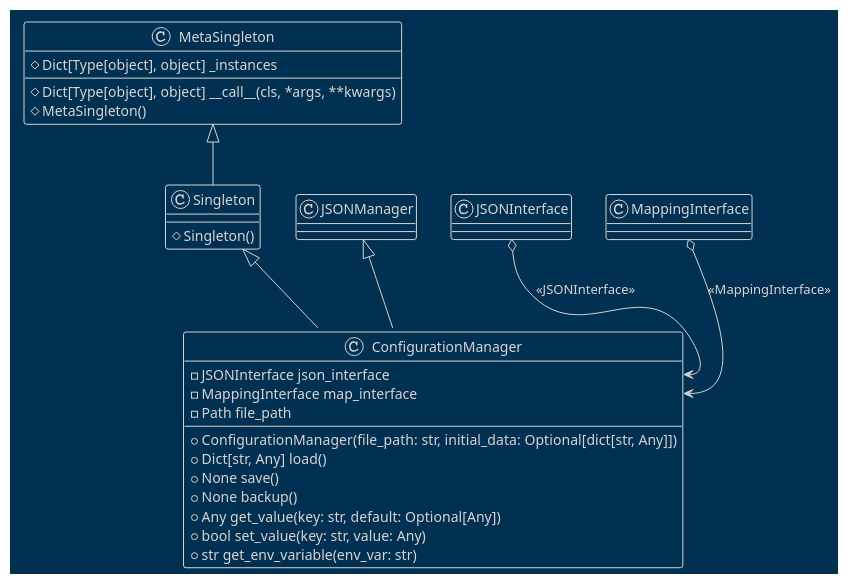
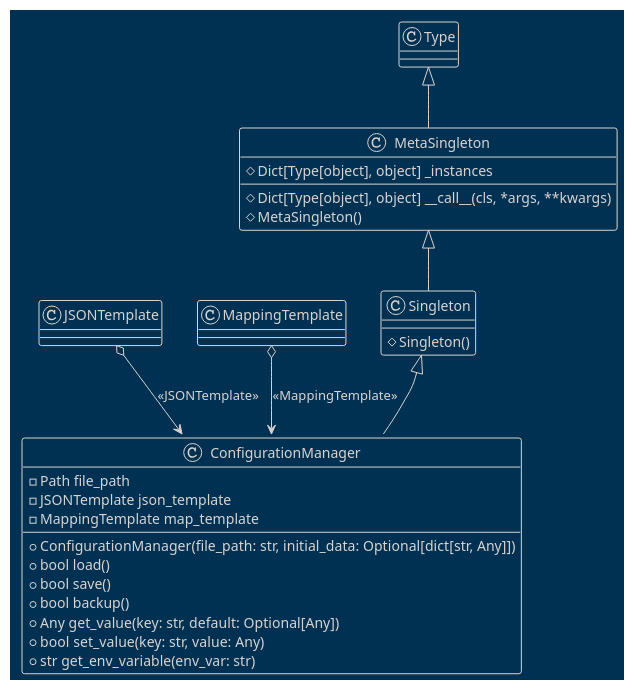
The diagram in docs/diagrams/plantuml/configuration_manager.puml (teleprint-me/py.gpt.prompt), drawn with PlantUML before and after one commit.

Commit message:
docs: Update and fix ConfigurationManager UML diagram

```diff
--- a/docs/diagrams/plantuml/configuration_manager.puml
+++ b/docs/diagrams/plantuml/configuration_manager.puml
@@ -1,31 +1,31 @@
 @startuml ConfigurationManager
 !theme blueprint
 
 ' docs/diagrams/plantuml/configuration_manager.puml
 
-class MetaSingleton {
+class MetaSingleton extends Type {
     # Dict[Type[object], object] _instances
     # Dict[Type[object], object] __call__(cls, *args, **kwargs)
     # MetaSingleton()
 }
 
 class Singleton extends MetaSingleton {
     # Singleton()
 }
 
-class ConfigurationManager extends Singleton, JSONManager {
-    - JSONInterface json_interface
-    - MappingInterface map_interface
+class ConfigurationManager extends Singleton {
     - Path file_path
+    - JSONTemplate json_template
+    - MappingTemplate map_template
     + ConfigurationManager(file_path: str, initial_data: Optional[dict[str, Any]])
-    + Dict[str, Any] load()
-    + None save()
-    + None backup()
+    + bool load()
+    + bool save()
+    + bool backup()
     + Any get_value(key: str, default: Optional[Any])
     + bool set_value(key: str, value: Any)
     + str get_env_variable(env_var: str)
 }
 
-JSONInterface o--> ConfigurationManager::json_interface : <<JSONInterface>>
-MappingInterface o--> ConfigurationManager::map_interface : <<MappingInterface>>
+JSONTemplate o--> ConfigurationManager::json_interface : <<JSONTemplate>>
+MappingTemplate o--> ConfigurationManager::map_interface : <<MappingTemplate>>
 @enduml
```
